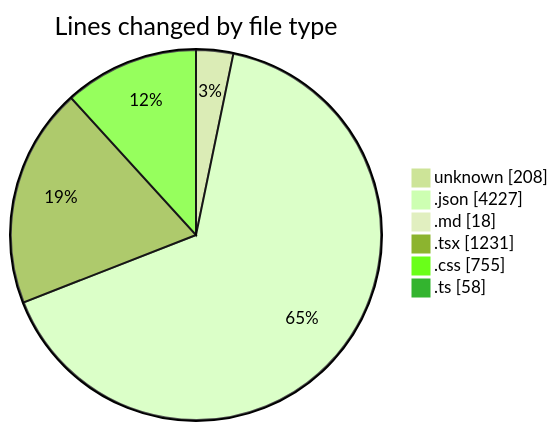
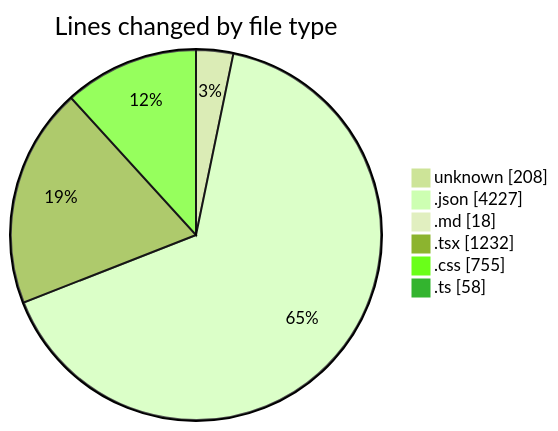
The first of 2 diagrams in 2025-08-07/ribbon/README.md (EIIisD/code-tracking), drawn with Mermaid (forest theme) before and after one commit. The commit also changed other lines of this file and 1 other file, not shown here.

````diff
--- a/2025-08-07/ribbon/README.md
+++ b/2025-08-07/ribbon/README.md
@@ -36,10 +36,10 @@
 ```mermaid
 pie showData
 title Lines changed by file type
 "unknown" : 208
 ".json" : 4227
 ".md" : 18
-".tsx" : 1231
+".tsx" : 1232
 ".css" : 755
 ".ts" : 58
 ```
````
